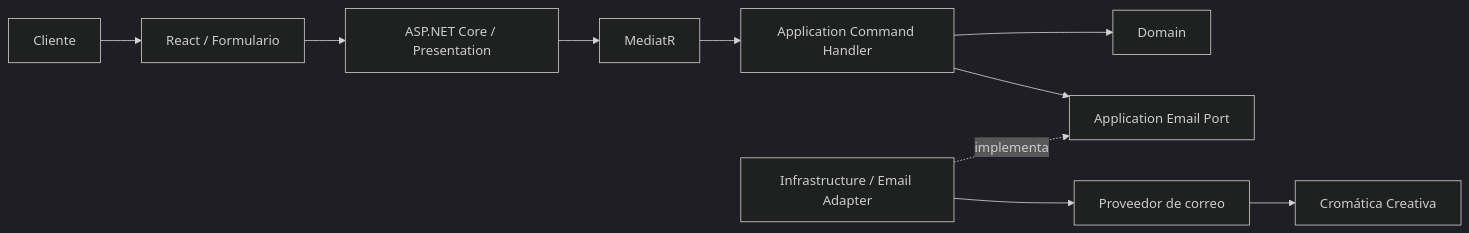
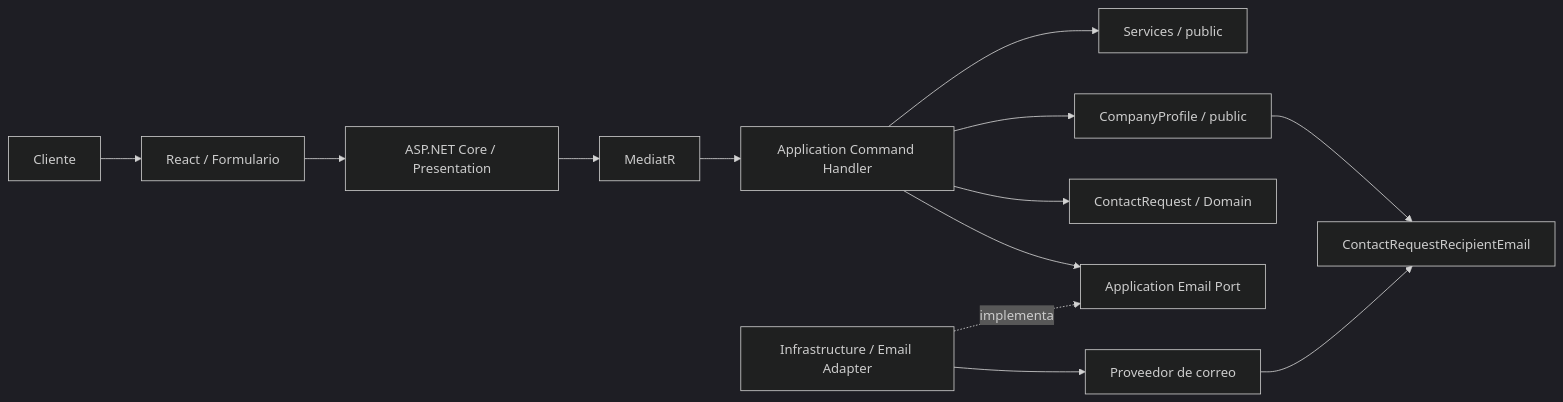
The fourth of 7 diagrams in README.md (cromaticacreativa/project-cromaticacreativa-web), drawn with Mermaid (dark theme) before and after one commit. The commit also changed other lines of this file and 118 other files, not shown here.

````diff
--- a/README.md
+++ b/README.md
@@ -127,12 +125,15 @@
 ```mermaid
 flowchart LR
     client["Cliente"] --> form["React / Formulario"]
     form --> api["ASP.NET Core / Presentation"]
     api --> mediator["MediatR"]
     mediator --> handler["Application Command Handler"]
-    handler --> domain["Domain"]
+    handler --> services["Services / public"]
+    handler --> profile["CompanyProfile / public"]
+    handler --> domain["ContactRequest / Domain"]
     handler --> emailPort["Application Email Port"]
     adapter["Infrastructure / Email Adapter"] -. "implementa" .-> emailPort
     adapter --> provider["Proveedor de correo"]
-    provider --> company["Cromática Creativa"]
+    profile --> recipient["ContactRequestRecipientEmail"]
+    provider --> recipient
 ```
````
